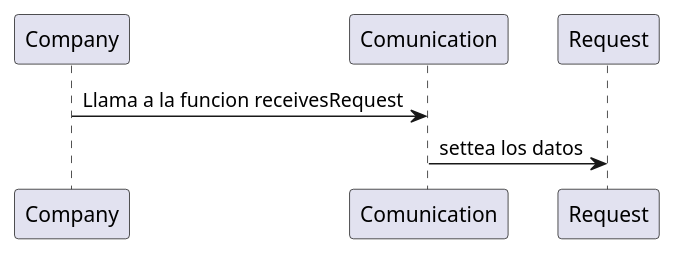
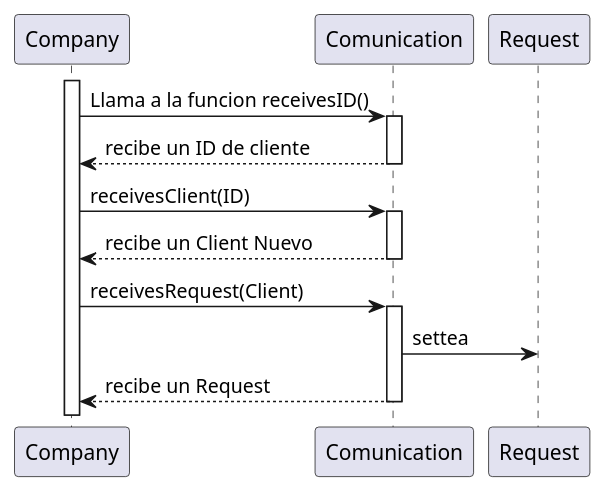
Before and after one commit to Grupo-3-Labo-y-prog/RobotsTP: the diagram in diagramas/ComunicationSecuence.puml, drawn with PlantUML. The commit also changed 1 other file, not shown here.

Commit message:
Cambios en el diagrama de secuencia de ComunicationSecuence

```diff
--- a/diagramas/ComunicationSecuence.puml
+++ b/diagramas/ComunicationSecuence.puml
@@ -1,9 +1,23 @@
 @startuml
 'https://plantuml.com/sequence-diagram
+activate Company
 
-Company -> Comunication: Llama a la funcion receivesRequest
-Comunication -> Request: settea los datos
+Company -> Comunication: Llama a la funcion receivesID()
+activate Comunication
+Comunication --> Company: recibe un ID de cliente
+deactivate Comunication
+
+Company -> Comunication: receivesClient(ID)
+activate Comunication
+Comunication --> Company: recibe un Client Nuevo
+deactivate Comunication
+
+Company -> Comunication: receivesRequest(Client)
+activate Comunication
+Comunication -> Request: settea
+Comunication --> Company: recibe un Request
+deactivate Comunication
 
 
 
 @enduml
```
